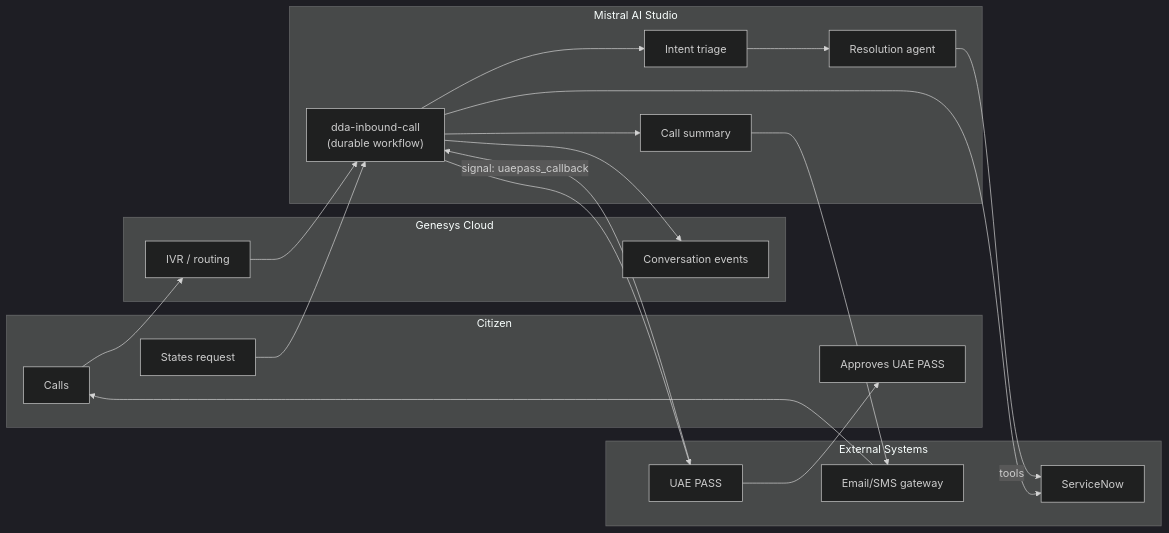
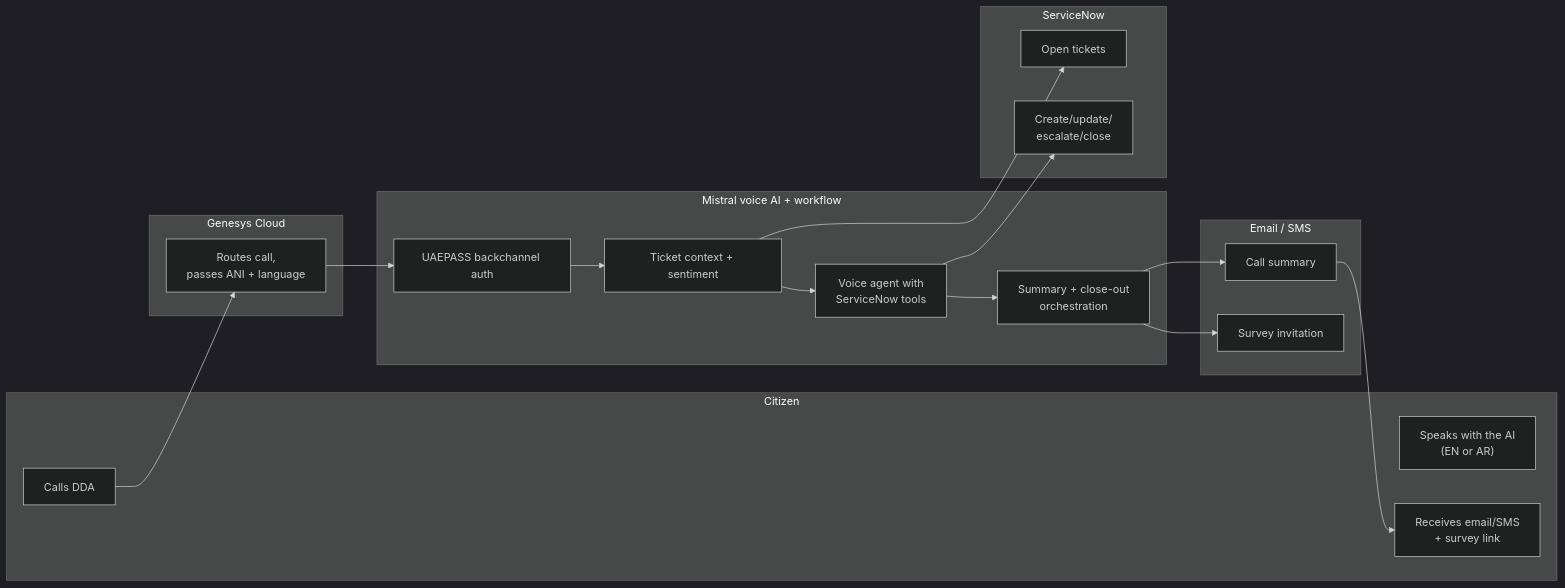
One commit to mohammedkhodr-ux/inbound-call-workflow changed the second of 2 diagrams in docs/workflow-diagram.md. Above: the diagram before and after it, drawn with Mermaid (dark theme). The commit also changed other lines of this file and 16 other files, not shown here.

First line of the commit message:
Replace with durable RemoteSession implementation: bilingual voice AI, ServiceNow tools, close-out with survey

````diff
--- a/docs/workflow-diagram.md
+++ b/docs/workflow-diagram.md
@@ -63,35 +53,32 @@
 ```mermaid
 flowchart LR
     subgraph CITIZEN["Citizen"]
-        c1["Calls"]
-        c2["Approves UAE PASS"]
-        c3["States request"]
+        A1["Calls DDA"]
+        A2["Speaks with the AI<br/>(EN or AR)"]
+        A3["Receives email/SMS<br/>+ survey link"]
+    end
+    subgraph GENESYS["Genesys Cloud"]
+        B1["Routes call,<br/>passes ANI + language"]
+    end
+    subgraph MISTRAL["Mistral voice AI + workflow"]
+        C1["UAEPASS backchannel auth"]
+        C2["Ticket context + sentiment"]
+        C3["Voice agent with<br/>ServiceNow tools"]
+        C4["Summary + close-out<br/>orchestration"]
+    end
+    subgraph SNOW["ServiceNow"]
+        D1["Open tickets"]
+        D2["Create/update/<br/>escalate/close"]
+    end
+    subgraph NOTIFY["Email / SMS"]
+        E1["Call summary"]
+        E2["Survey invitation"]
     end
 
-    subgraph GENESYS["Genesys Cloud"]
-        g1["IVR / routing"]
-        g2["Conversation events"]
-    end
-
-    subgraph MISTRAL["Mistral AI Studio"]
-        m1["dda-inbound-call<br/>(durable workflow)"]
-        m2["Intent triage"]
-        m3["Resolution agent"]
-        m4["Call summary"]
-    end
-
-    subgraph EXTERNAL["External Systems"]
-        u1["UAE PASS"]
-        s1["ServiceNow"]
-        n1["Email/SMS gateway"]
-    end
-
-    c1 --> g1 --> m1
-    m1 --> u1 --> c2
-    u1 -->|signal: uaepass_callback| m1
-    m1 --> s1
-    m1 --> m2 --> m3 -->|tools| s1
-    c3 --> m1
-    m1 --> m4 --> n1 --> c1
-    m1 --> g2
+    A1 --> B1 --> C1 --> C2 --> C3
+    C2 --> D1
+    C3 --> D2
+    C3 --> C4
+    C4 --> E1 --> A3
+    C4 --> E2
 ```
````
